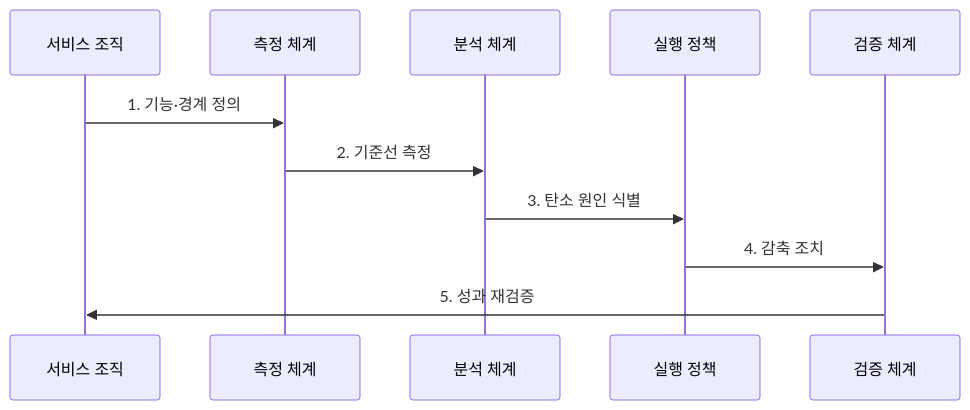
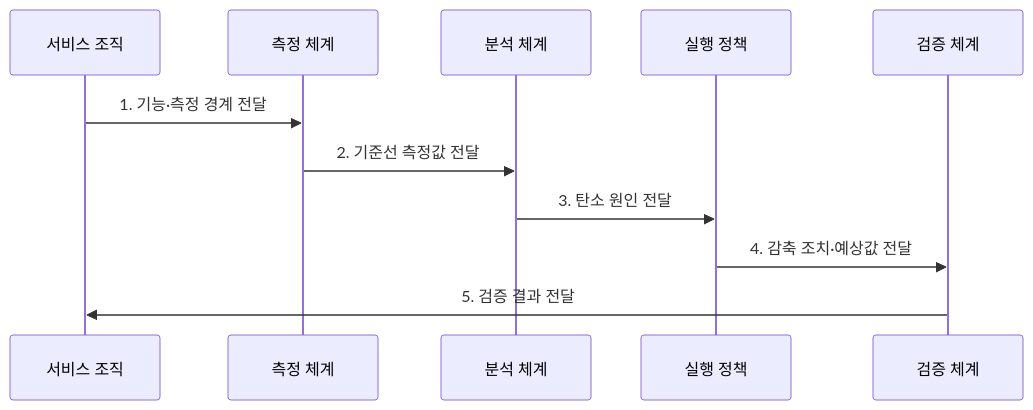
One commit to agnusdei1207/knowledge-base changed the second of 2 diagrams in src/content/docs/notes/08-latest-tech/196_green_software.md. Above: the diagram before and after it, drawn with Mermaid. The commit also changed other lines of this file and 225 other files, not shown here.

````diff
--- a/src/content/docs/notes/08-latest-tech/196_green_software.md
+++ b/src/content/docs/notes/08-latest-tech/196_green_software.md
@@ -75,13 +76,13 @@
 ```mermaid
 sequenceDiagram
   participant O as 서비스 조직
   participant M as 측정 체계
   participant A as 분석 체계
   participant P as 실행 정책
   participant V as 검증 체계
-  O->>M: 1. 기능·경계 정의
-  M->>A: 2. 기준선 측정
-  A->>P: 3. 탄소 원인 식별
-  P->>V: 4. 감축 조치
-  V->>O: 5. 성과 재검증
+  O->>M: 1. 기능·측정 경계 전달
+  M->>A: 2. 기준선 측정값 전달
+  A->>P: 3. 탄소 원인 전달
+  P->>V: 4. 감축 조치·예상값 전달
+  V->>O: 5. 검증 결과 전달
 ```
````
